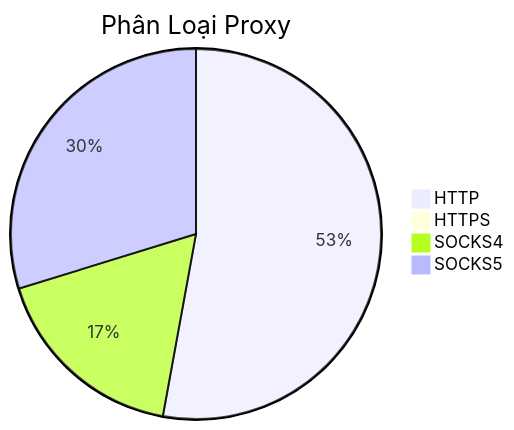
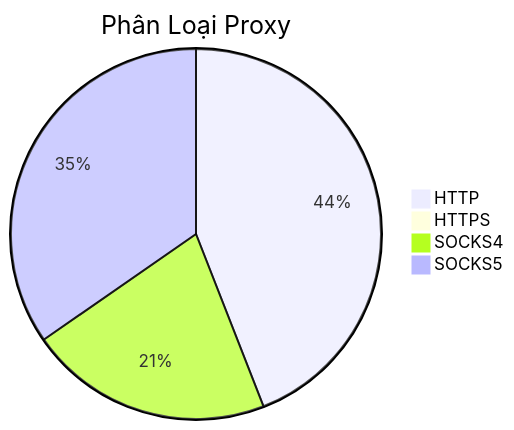
One commit to Ciara-12/PROXY-free changed the diagram in README.md. Above: the diagram before and after it, drawn with Mermaid. The commit also changed other lines of this file and 4 other files, not shown here.

````diff
--- a/README.md
+++ b/README.md
@@ -26,7 +26,7 @@
 ```mermaid
 pie title Phân Loại Proxy
-    "HTTP" : 636
-    "HTTPS" : 0
-    "SOCKS4" : 209
-    "SOCKS5" : 358
+    "HTTP" : 445
+    "HTTPS" : 1
+    "SOCKS4" : 215
+    "SOCKS5" : 350
 ```
````
